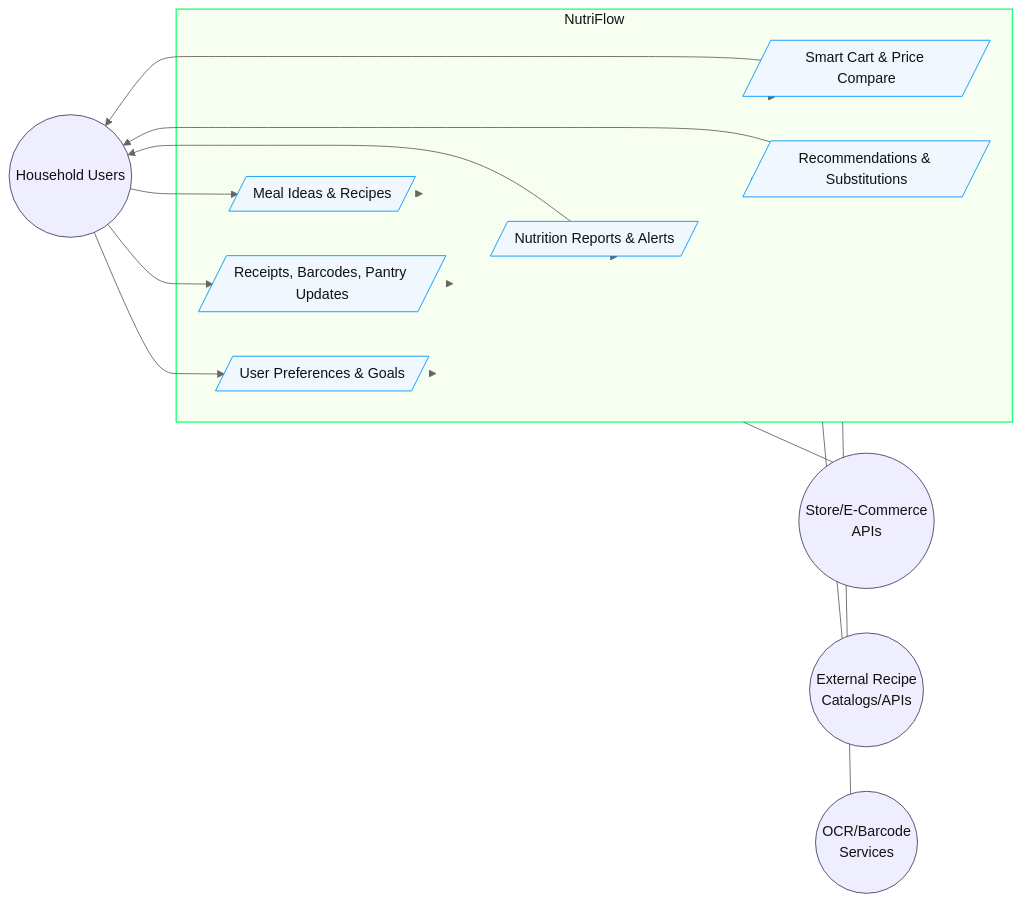
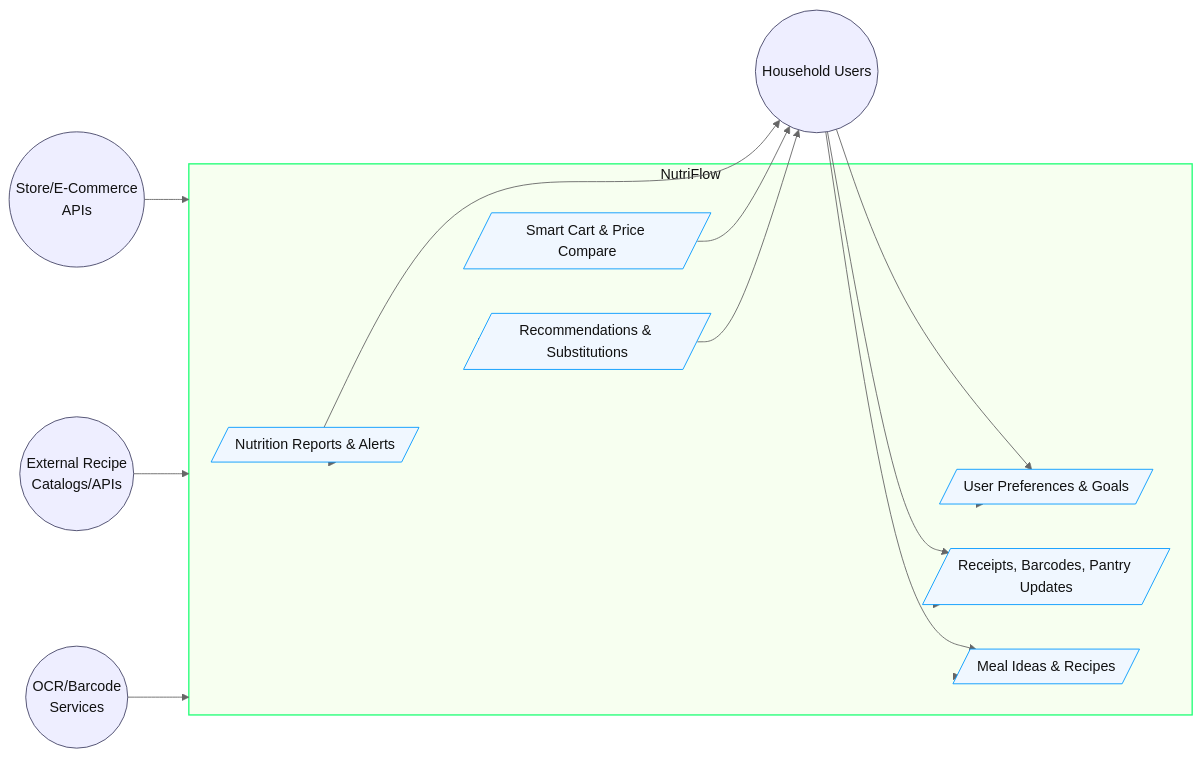
The first of 3 diagrams in cs5001/design_diagrams/Design_Diagram.md (randalhucker/nutriflow), drawn with Mermaid (neutral theme) before and after one commit. The commit also changed 3 other files, not shown here.

First line of the commit message:
Refactor file structure and update design diagram

````diff
--- a/cs5001/design_diagrams/Design_Diagram.md
+++ b/cs5001/design_diagrams/Design_Diagram.md
@@ -12,45 +12,45 @@
 ```mermaid
 flowchart LR
   %% Legend
   classDef actor fill:#eef,stroke:#446,stroke-width:1px,color:#111
   classDef system fill:#f7fff0,stroke:#2f7,stroke-width:1.5px,color:#111
   classDef datastore fill:#fff7f0,stroke:#f90,stroke-width:1px,color:#111
   classDef io fill:#f0f7ff,stroke:#09f,stroke-width:1px,color:#111
 
   %% External Actors
-  U((Household Users)):::actor
   ExtStores((Store/E-Commerce<br/>APIs)):::actor
   ExtRecipes((External Recipe<br/>Catalogs/APIs)):::actor
   ExtScan((OCR/Barcode<br/>Services)):::actor
+  U((Household Users)):::actor
 
   %% System Boundary
   subgraph NF[NutriFlow]
     Inp1[/User Preferences & Goals/]:::io
     Inp2[/Receipts, Barcodes, Pantry Updates/]:::io
     Inp3[/Meal Ideas & Recipes/]:::io
 
     Out1[/Nutrition Reports & Alerts/]:::io
     Out2[/Smart Cart & Price Compare/]:::io
     Out3[/Recommendations & Substitutions/]:::io
   end
 
   %% Style the subgraph (can't use ::: on subgraph line)
   style NF fill:#f7fff0,stroke:#2f7,stroke-width:1.5px,color:#111
 
   %% Flows
   U --> Inp1
   U --> Inp2
   U --> Inp3
 
   Inp1 --> NF
   Inp2 --> NF
   Inp3 --> NF
 
   NF --> Out1 --> U
   NF --> Out2 --> U
   NF --> Out3 --> U
 
-  NF --- ExtStores
-  NF --- ExtRecipes
-  NF --- ExtScan
+  ExtStores --> NF
+  ExtRecipes --> NF
+  ExtScan --> NF
 ```
````
